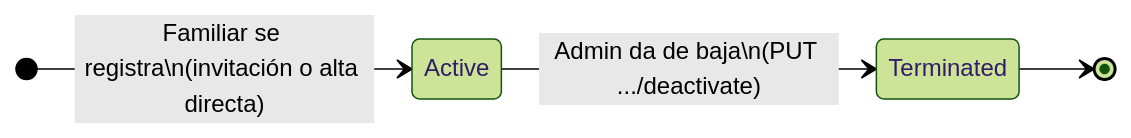
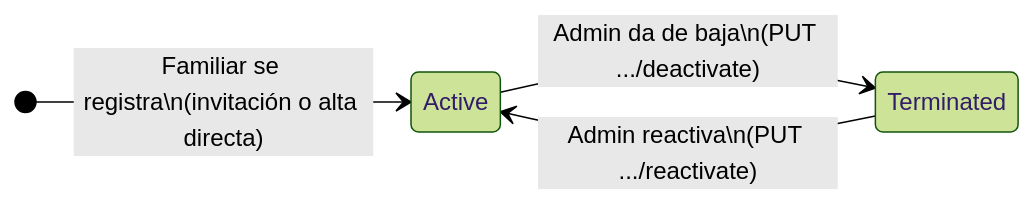
Before and after one commit to Sacha-html/InclusiON: the fourth of 4 diagrams in InclusiON.Documents/Docs/diagrama-estados.md, drawn with Mermaid (forest theme). The commit also changed other lines of this file and 37 other files, not shown here.

````diff
--- a/InclusiON.Documents/Docs/diagrama-estados.md
+++ b/InclusiON.Documents/Docs/diagrama-estados.md
@@ -119,7 +119,7 @@
 ```mermaid
 stateDiagram-v2
     direction LR
     [*] --> Active : Familiar se registra\n(invitación o alta directa)
     Active --> Terminated : Admin da de baja\n(PUT .../deactivate)
-    Terminated --> [*]
+    Terminated --> Active : Admin reactiva\n(PUT .../reactivate)
 ```
````
